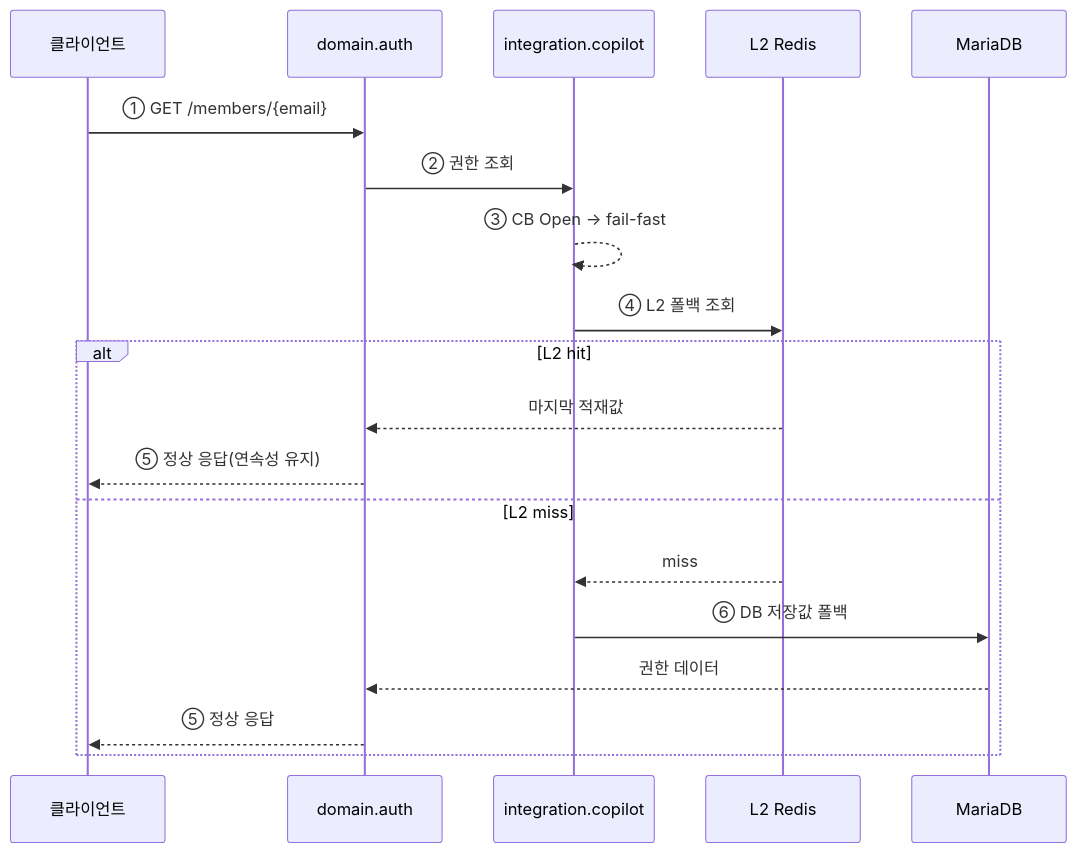
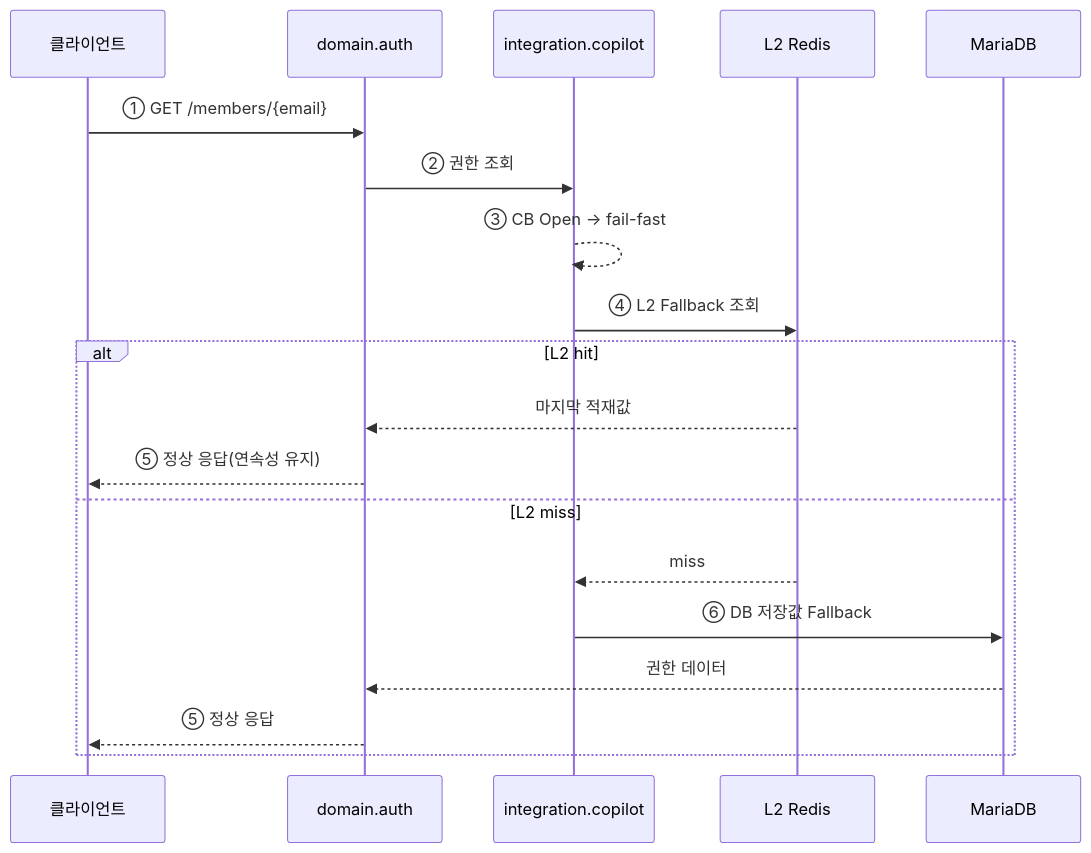
One commit to sujinnkim/A_Personal changed the second of 2 diagrams in docs/05-architecture-design/4.2-execution/4.2.1-runtime-view/4.2.1.6-resilience.md. Above: the diagram before and after it, drawn with Mermaid. The commit also changed other lines of this file and 47 other files, not shown here.

````diff
--- a/docs/05-architecture-design/4.2-execution/4.2.1-runtime-view/4.2.1.6-resilience.md
+++ b/docs/05-architecture-design/4.2-execution/4.2.1-runtime-view/4.2.1.6-resilience.md
@@ -24,22 +24,22 @@
 ```mermaid
 sequenceDiagram
     participant C as 클라이언트
     participant D as domain.auth
     participant I as integration.copilot
     participant L2 as L2 Redis
     participant DB as MariaDB
 
     C->>D: ① GET /members/{email}
     D->>I: ② 권한 조회
     I-->>I: ③ CB Open → fail-fast
-    I->>L2: ④ L2 폴백 조회
+    I->>L2: ④ L2 Fallback 조회
     alt L2 hit
         L2-->>D: 마지막 적재값
         D-->>C: ⑤ 정상 응답(연속성 유지)
     else L2 miss
         L2-->>I: miss
-        I->>DB: ⑥ DB 저장값 폴백
+        I->>DB: ⑥ DB 저장값 Fallback
         DB-->>D: 권한 데이터
         D-->>C: ⑤ 정상 응답
     end
 ```
````
